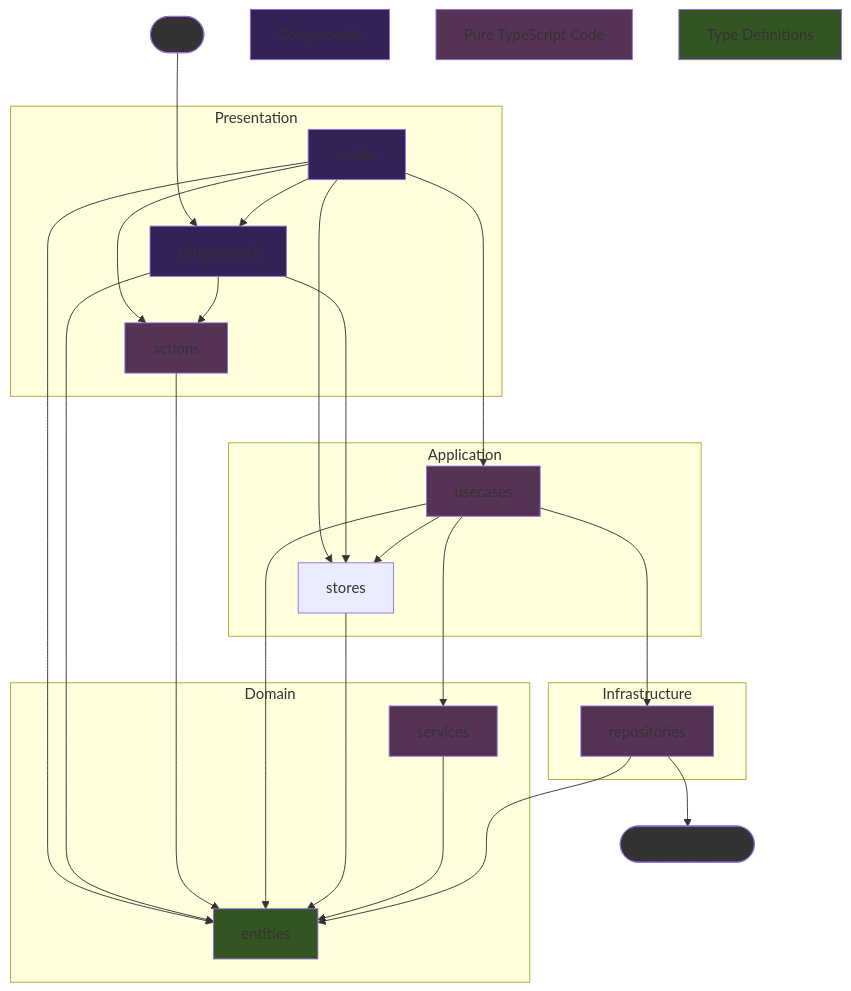
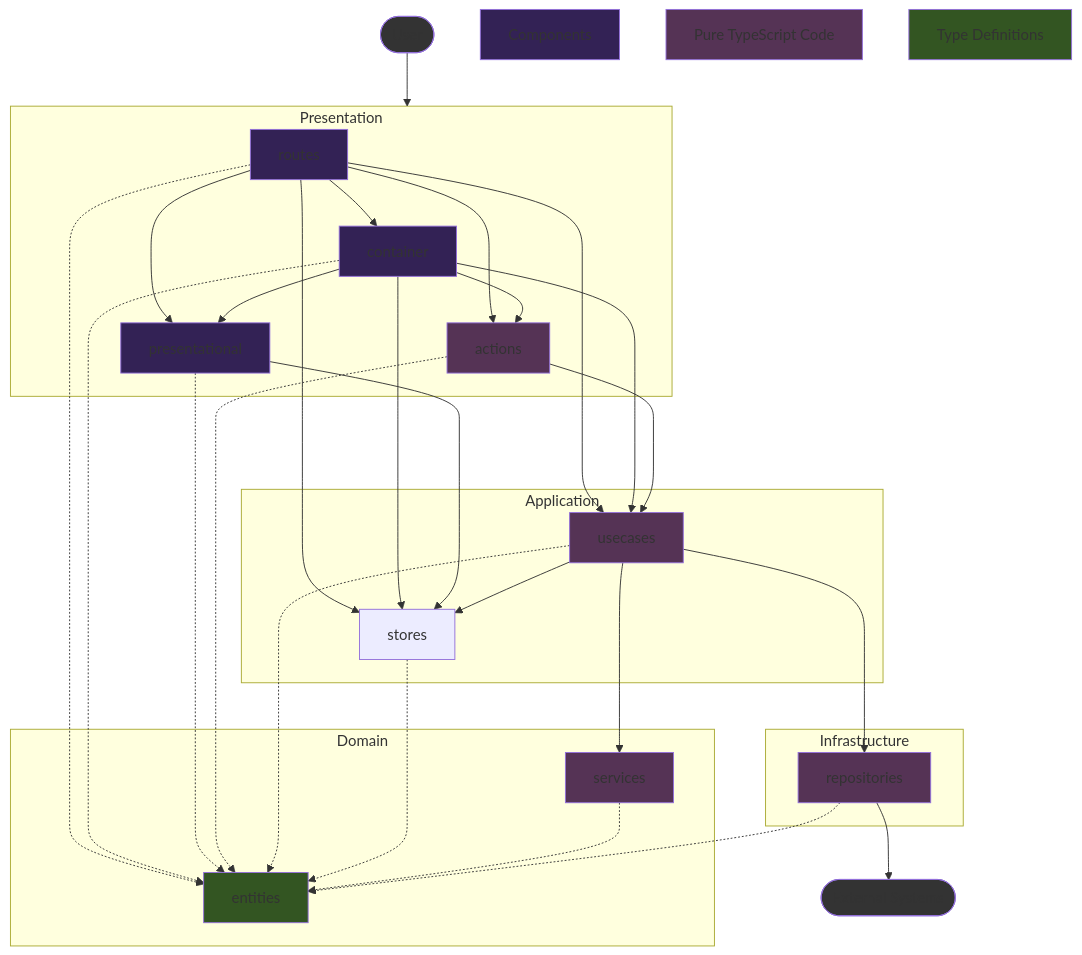
One commit to k5n/kotonoha changed the first of 2 diagrams in doc/technical_specifications.md. Above: the diagram before and after it, drawn with Mermaid. The commit also changed other lines of this file and 2 other files, not shown here.

Commit message:
docs: Update technical specifications and directory structure for container and presentational components; remove outdated routes layer guidelines

````diff
--- a/doc/technical_specifications.md
+++ b/doc/technical_specifications.md
@@ -89,54 +123,61 @@
 ```mermaid
 graph TD
     classDef cssTypes fill:#352;
     classDef cssComponents fill:#325;
     classDef cssPure fill:#535;
     classDef cssExternal fill:#333;
     
     User([User]):::cssExternal
 
     subgraph Presentation
-        components[components]:::cssComponents
+        container[container]:::cssComponents
+        presentational[presentational]:::cssComponents
         routes[routes]:::cssComponents
         actions[actions]:::cssPure
     end
 
     subgraph Application
         usecases[usecases]:::cssPure
         stores[stores]
     end
 
     subgraph Domain
         entities[entities]:::cssTypes
         services[services]:::cssPure
     end
 
     subgraph Infrastructure
         repositories[repositories]:::cssPure
     end
 
     ExternalSystems([External Systems]):::cssExternal
 
-    User ---> components
-    routes --> components
+    User ---> Presentation
     routes ----> usecases
+    routes --> container
+    routes --> presentational
     routes --> stores
     routes --> actions
-    routes ---> entities
-    components --> actions
-    components ---> stores
-    components ---> entities
-    actions ---> entities
+    routes -.-> entities
+    container ----> usecases
+    container --> actions
+    container --> stores
+    container -.-> entities
+    container --> presentational
+    presentational ---> stores
+    presentational -.-> entities
+    actions -.-> entities
+    actions ---> usecases
     usecases --> stores
-    usecases ---> entities
+    usecases -.-> entities
     usecases --> services
     usecases ---> repositories
-    stores ---> entities
-    services ---> entities
-    repositories ---> entities
+    stores -.-> entities
+    services -.-> entities
+    repositories -.-> entities
     repositories --> ExternalSystems
 
     Components:::cssComponents
     PureTypeScript[Pure TypeScript Code]:::cssPure
     TypeDefinitions[Type Definitions]:::cssTypes
 ```
````
